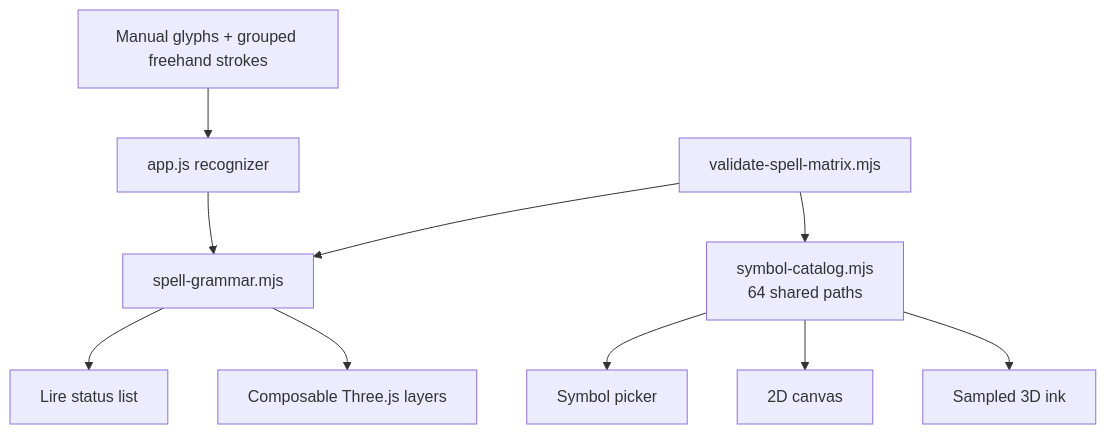
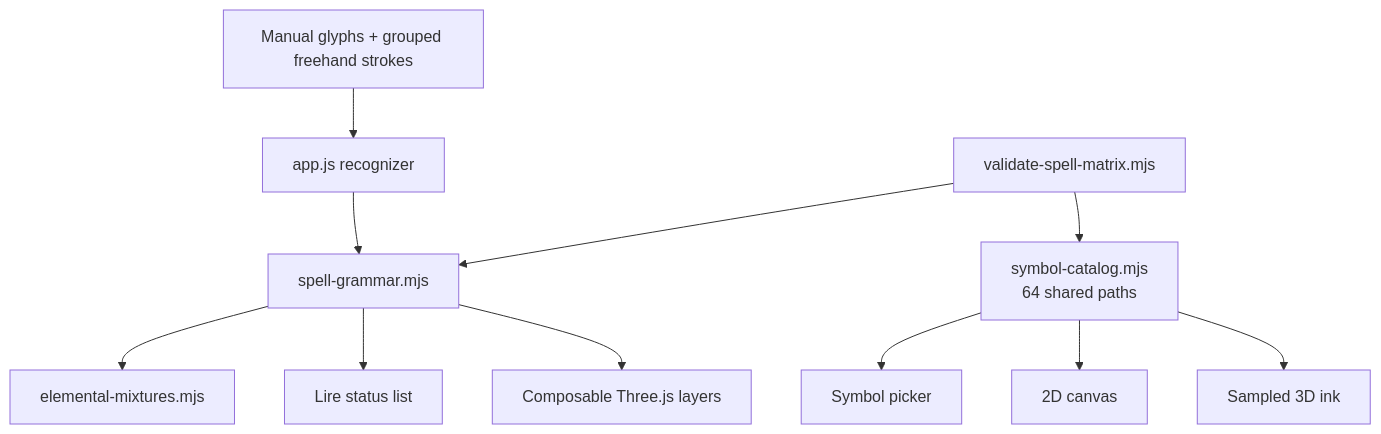
The second of 2 diagrams in docs/architecture.md (NH1980MG/witch-hat-atelier-spell-simulator), drawn with Mermaid before and after one commit. The commit also changed other lines of this file and 67 other files, not shown here.

````diff
--- a/docs/architecture.md
+++ b/docs/architecture.md
@@ -65,12 +69,13 @@
 ```mermaid
 flowchart TD
   Catalog["symbol-catalog.mjs\n64 shared paths"] --> Picker["Symbol picker"]
   Catalog --> Canvas["2D canvas"]
   Catalog --> Ink3D["Sampled 3D ink"]
   Input["Manual glyphs + grouped freehand strokes"] --> App["app.js recognizer"]
   App --> Grammar["spell-grammar.mjs"]
+  Grammar --> Mixtures["elemental-mixtures.mjs"]
   Grammar --> Read["Lire status list"]
   Grammar --> Effects["Composable Three.js layers"]
   Validator["validate-spell-matrix.mjs"] --> Catalog
   Validator --> Grammar
 ```
````
